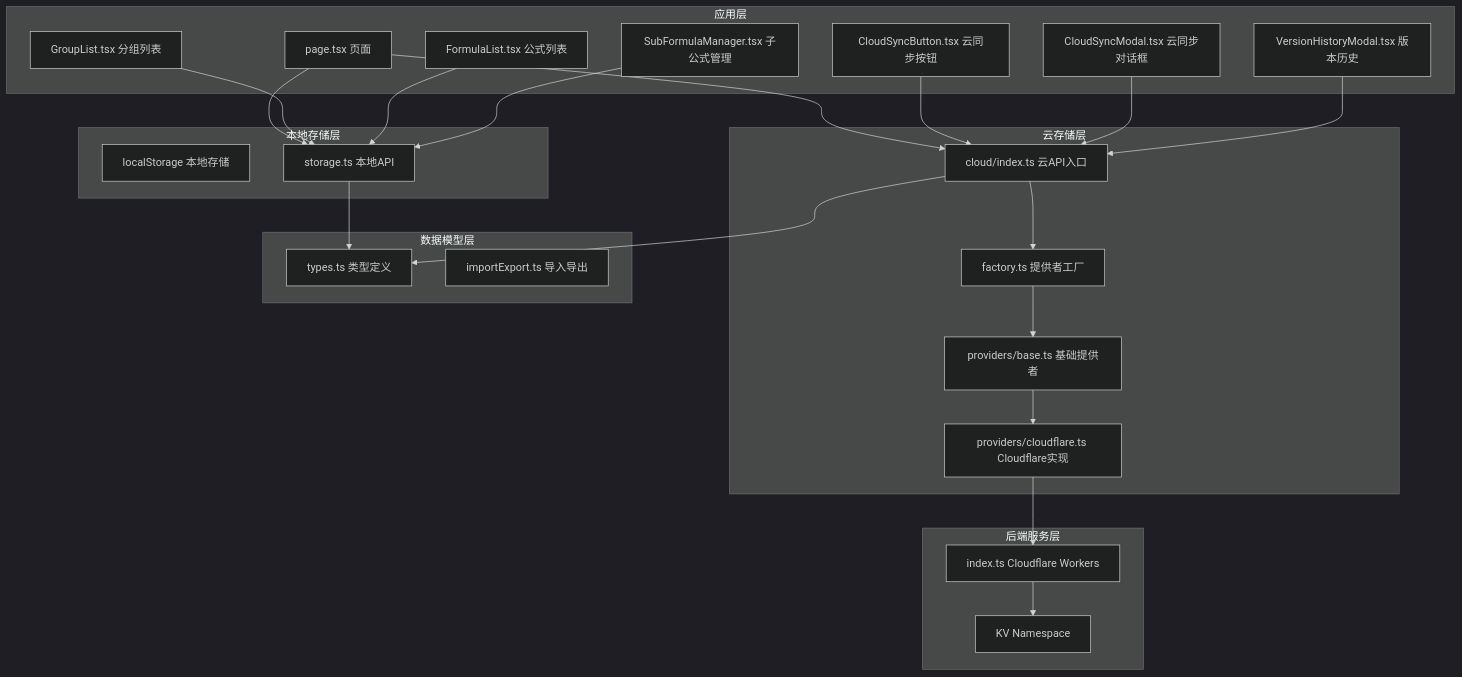
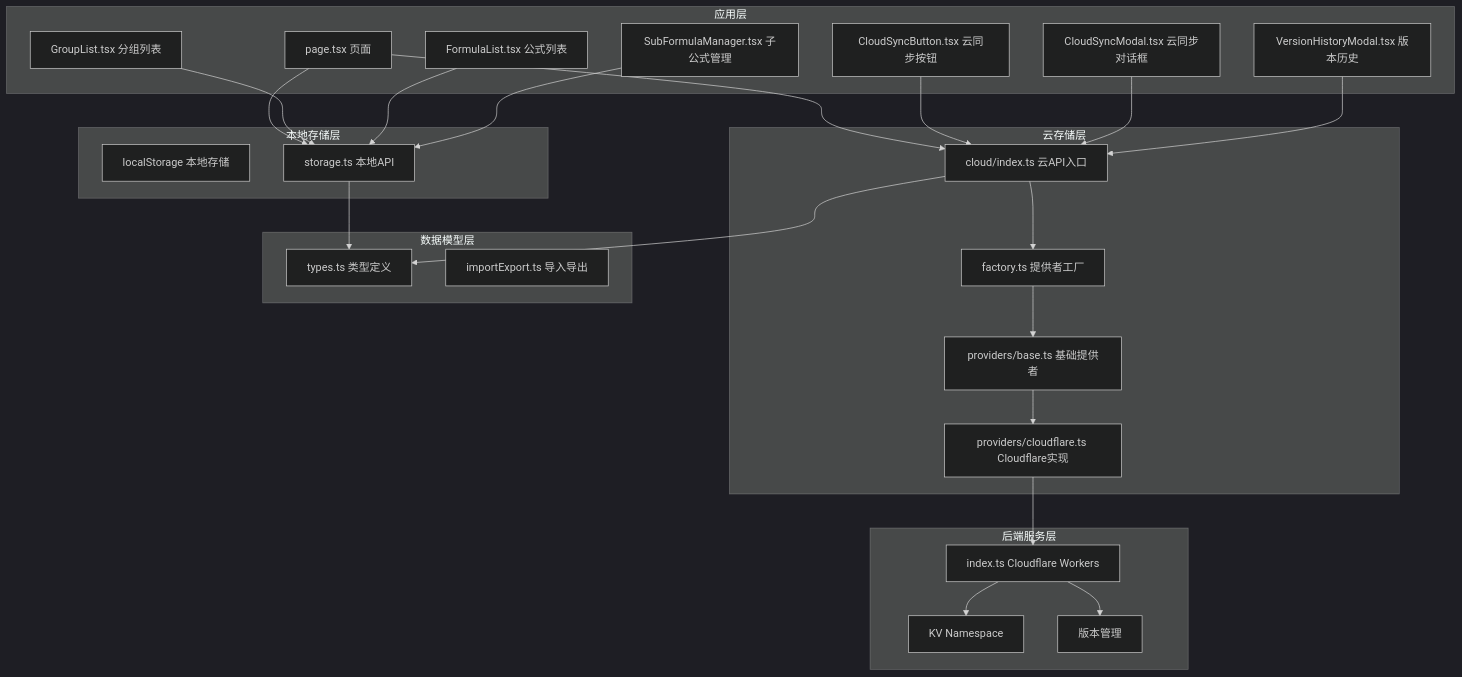
The first of 6 diagrams in .qoder/repowiki/zh/content/API参考/数据存储API.md (steveyu2/formula-mapper), drawn with Mermaid (dark theme) before and after one commit. The commit also changed other lines of this file and 7 other files, not shown here.

````diff
--- a/.qoder/repowiki/zh/content/API参考/数据存储API.md
+++ b/.qoder/repowiki/zh/content/API参考/数据存储API.md
@@ -70,45 +71,47 @@
 ```mermaid
 graph TB
 subgraph "应用层"
 Page[page.tsx 页面]
 GroupList[GroupList.tsx 分组列表]
 FormulaList[FormulaList.tsx 公式列表]
 SubFormulaManager[SubFormulaManager.tsx 子公式管理]
 CloudSyncButton[CloudSyncButton.tsx 云同步按钮]
 CloudSyncModal[CloudSyncModal.tsx 云同步对话框]
 VersionHistoryModal[VersionHistoryModal.tsx 版本历史]
 end
 subgraph "本地存储层"
 LocalStorage[localStorage 本地存储]
 LocalAPI[storage.ts 本地API]
 end
 subgraph "云存储层"
 CloudAPI[cloud/index.ts 云API入口]
 ProviderFactory[factory.ts 提供者工厂]
 BaseProvider[providers/base.ts 基础提供者]
 CloudflareProvider[providers/cloudflare.ts Cloudflare实现]
 end
 subgraph "后端服务层"
 CloudflareWorkers[index.ts Cloudflare Workers]
 KVNamespace[KV Namespace]
+VersionManagement[版本管理]
 end
 subgraph "数据模型层"
 Types[types.ts 类型定义]
 ImportExport[importExport.ts 导入导出]
 end
 Page --> LocalAPI
 Page --> CloudAPI
 GroupList --> LocalAPI
 FormulaList --> LocalAPI
 SubFormulaManager --> LocalAPI
 CloudSyncButton --> CloudAPI
 CloudSyncModal --> CloudAPI
 VersionHistoryModal --> CloudAPI
 CloudAPI --> ProviderFactory
 ProviderFactory --> BaseProvider
 BaseProvider --> CloudflareProvider
 CloudflareProvider --> CloudflareWorkers
 CloudflareWorkers --> KVNamespace
+CloudflareWorkers --> VersionManagement
 LocalAPI --> Types
 CloudAPI --> Types
 ```
````
